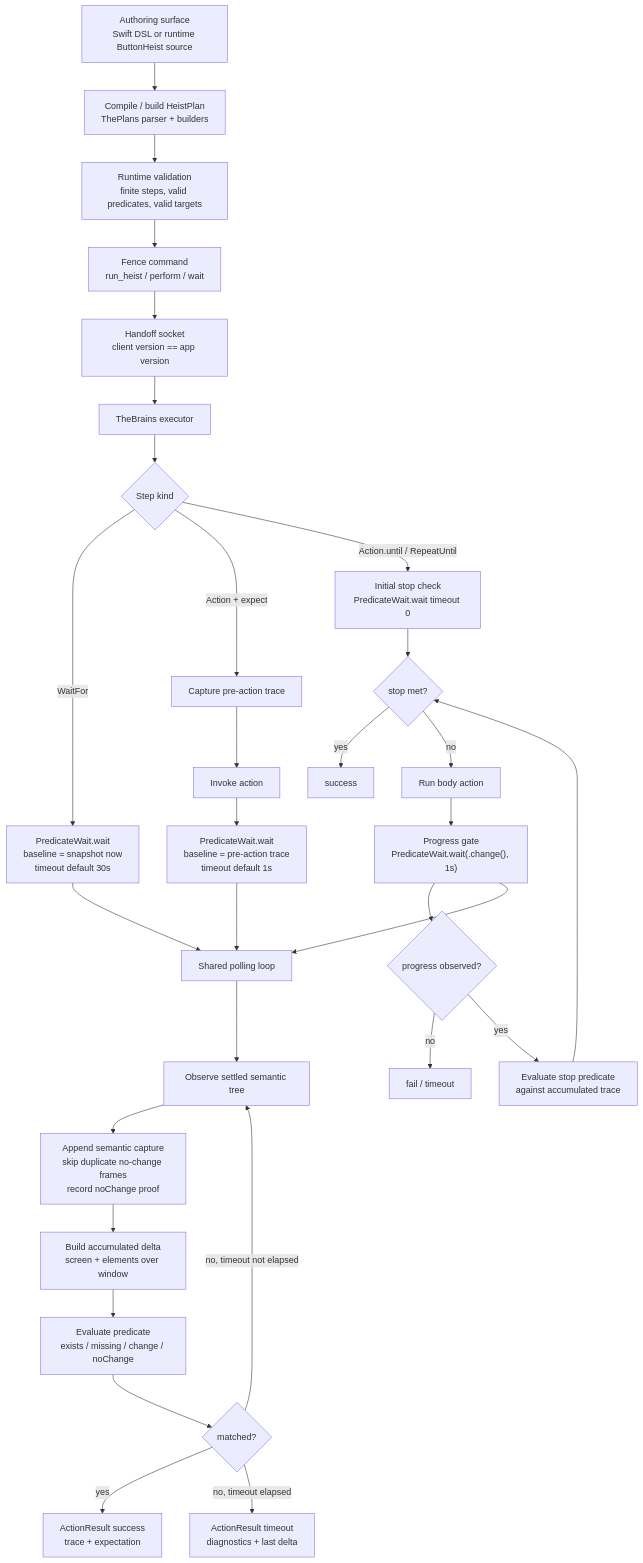
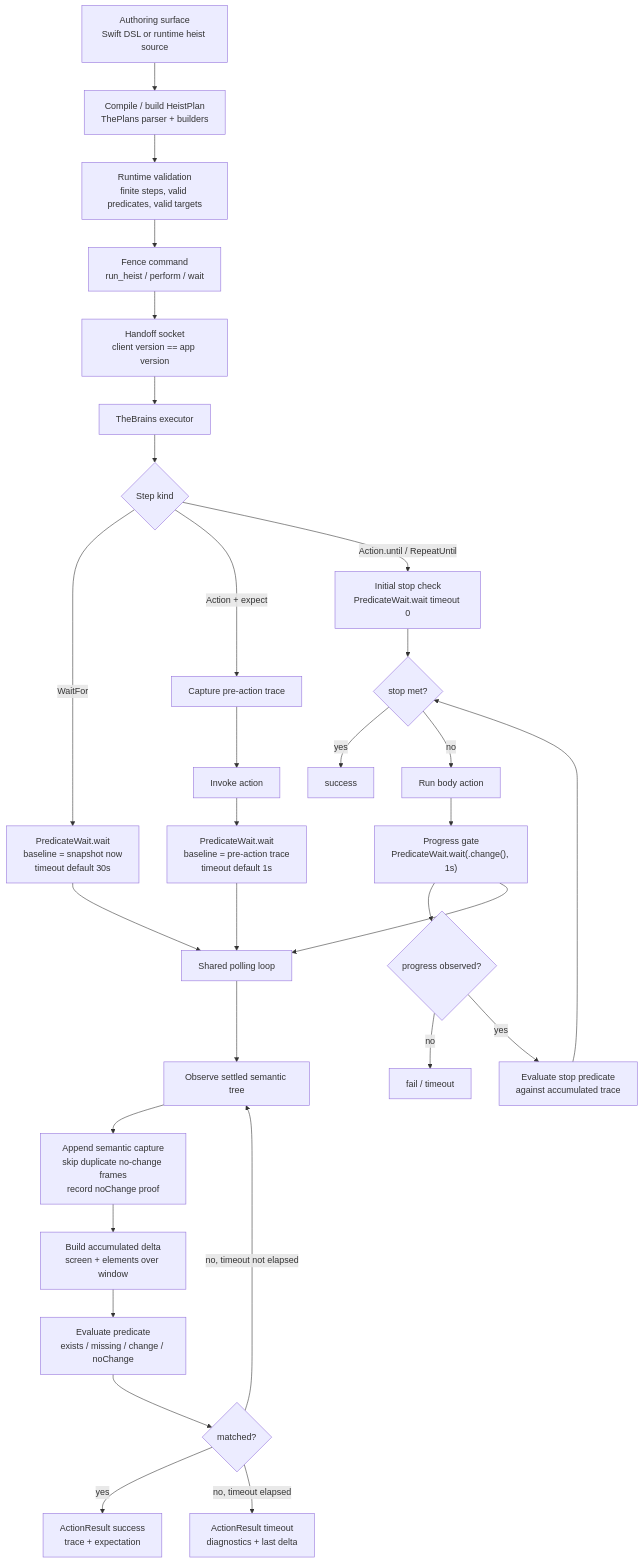
Before and after one commit to RoyalPineapple/TheButtonHeist: the second of 2 diagrams in docs/ARCHITECTURE.md, drawn with Mermaid. The commit also changed other lines of this file and 11 other files, not shown here.

````diff
--- a/docs/ARCHITECTURE.md
+++ b/docs/ARCHITECTURE.md
@@ -103,39 +103,39 @@
 ```mermaid
 flowchart TD
-    Author["Authoring surface<br/>Swift DSL or runtime ButtonHeist source"] --> Compile["Compile / build HeistPlan<br/>ThePlans parser + builders"]
+    Author["Authoring surface<br/>Swift DSL or runtime heist source"] --> Compile["Compile / build HeistPlan<br/>ThePlans parser + builders"]
     Compile --> Validate["Runtime validation<br/>finite steps, valid predicates, valid targets"]
     Validate --> FenceCommand["Fence command<br/>run_heist / perform / wait"]
     FenceCommand --> HandoffSocket["Handoff socket<br/>client version == app version"]
     HandoffSocket --> Executor["TheBrains executor"]
 
     Executor --> StepKind{"Step kind"}
 
     StepKind -->|WaitFor| WaitForPath["PredicateWait.wait<br/>baseline = snapshot now<br/>timeout default 30s"]
 
     StepKind -->|Action + expect| PreAction["Capture pre-action trace"]
     PreAction --> Invoke["Invoke action"]
     Invoke --> ExpectPath["PredicateWait.wait<br/>baseline = pre-action trace<br/>timeout default 1s"]
 
     StepKind -->|Action.until / RepeatUntil| InitialStop["Initial stop check<br/>PredicateWait.wait timeout 0"]
     InitialStop --> StopMet{"stop met?"}
     StopMet -->|yes| Done["success"]
     StopMet -->|no| RunBody["Run body action"]
     RunBody --> ProgressGate["Progress gate<br/>PredicateWait.wait(.change(), 1s)"]
     ProgressGate --> ProgressObserved{"progress observed?"}
     ProgressObserved -->|no| Fail["fail / timeout"]
     ProgressObserved -->|yes| EvaluateStop["Evaluate stop predicate<br/>against accumulated trace"]
     EvaluateStop --> StopMet
 
     WaitForPath --> Poll["Shared polling loop"]
     ExpectPath --> Poll
     ProgressGate --> Poll
 
     Poll --> Observe["Observe settled semantic tree"]
     Observe --> Append["Append semantic capture<br/>skip duplicate no-change frames<br/>record noChange proof"]
     Append --> Accumulate["Build accumulated delta<br/>screen + elements over window"]
     Accumulate --> Evaluate["Evaluate predicate<br/>exists / missing / change / noChange"]
     Evaluate --> Matched{"matched?"}
     Matched -->|yes| Success["ActionResult success<br/>trace + expectation"]
     Matched -->|no, timeout not elapsed| Observe
     Matched -->|no, timeout elapsed| Timeout["ActionResult timeout<br/>diagnostics + last delta"]
 ```
````
